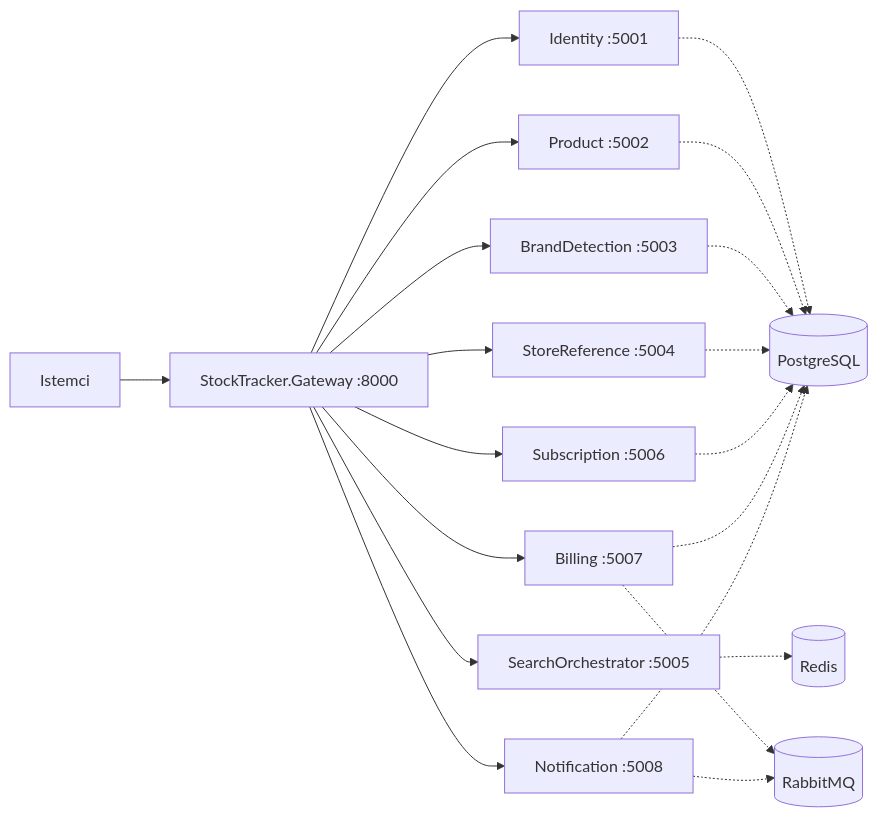
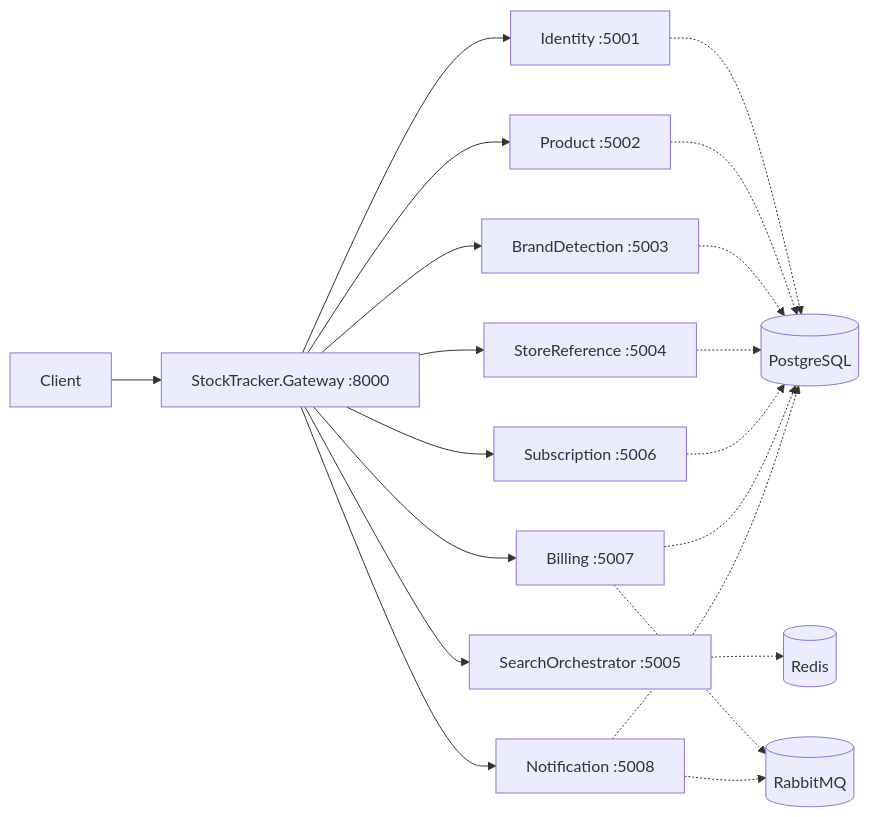
Before and after one commit to hnbirsen/StockTracker: the diagram in README.md, drawn with Mermaid. The commit also changed other lines of this file, not shown here.

Commit message:
Update README.md for improved clarity and structure; enhance service descriptions and add identity service details

````diff
--- a/README.md
+++ b/README.md
@@ -23,24 +29,24 @@
 ```mermaid
 flowchart LR
-    Client[Istemci] --> Gateway[StockTracker.Gateway :8000]
-    Gateway --> Identity[Identity :5001]
-    Gateway --> Product[Product :5002]
-    Gateway --> Brand[BrandDetection :5003]
-    Gateway --> Store[StoreReference :5004]
-    Gateway --> Search[SearchOrchestrator :5005]
-    Gateway --> Subscription[Subscription :5006]
-    Gateway --> Billing[Billing :5007]
-    Gateway --> Notification[Notification :5008]
+        Client[Client] --> Gateway[StockTracker.Gateway :8000]
+        Gateway --> Identity[Identity :5001]
+        Gateway --> Product[Product :5002]
+        Gateway --> Brand[BrandDetection :5003]
+        Gateway --> Store[StoreReference :5004]
+        Gateway --> Search[SearchOrchestrator :5005]
+        Gateway --> Subscription[Subscription :5006]
+        Gateway --> Billing[Billing :5007]
+        Gateway --> Notification[Notification :5008]
 
-    Identity -.-> Postgres[(PostgreSQL)]
-    Product -.-> Postgres
-    Brand -.-> Postgres
-    Store -.-> Postgres
-    Subscription -.-> Postgres
-    Billing -.-> Postgres
-    Notification -.-> Postgres
+        Identity -.-> Postgres[(PostgreSQL)]
+        Product -.-> Postgres
+        Brand -.-> Postgres
+        Store -.-> Postgres
+        Subscription -.-> Postgres
+        Billing -.-> Postgres
+        Notification -.-> Postgres
 
-    Search -.-> Redis[(Redis)]
-    Billing -.-> Rabbit[(RabbitMQ)]
-    Notification -.-> Rabbit
+        Search -.-> Redis[(Redis)]
+        Billing -.-> Rabbit[(RabbitMQ)]
+        Notification -.-> Rabbit
 ```
````
